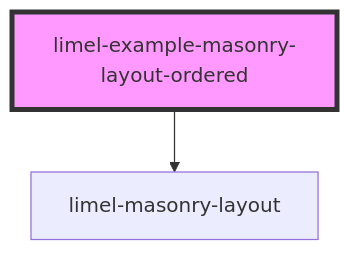
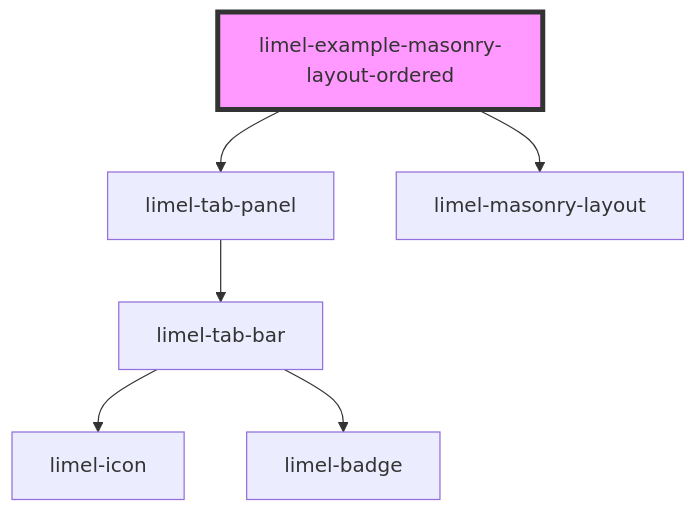
The diagram in versions/PR-3986/markdown-docs/components/masonry-layout/examples/readme.md (Lundalogik/lime-elements), drawn with Mermaid before and after one commit. The commit also changed other lines of this file and 196 other files, not shown here.

````diff
--- a/versions/PR-3986/markdown-docs/components/masonry-layout/examples/readme.md
+++ b/versions/PR-3986/markdown-docs/components/masonry-layout/examples/readme.md
@@ -32,5 +33,9 @@
 ```mermaid
 graph TD;
+  limel-example-masonry-layout-ordered --> limel-tab-panel
   limel-example-masonry-layout-ordered --> limel-masonry-layout
+  limel-tab-panel --> limel-tab-bar
+  limel-tab-bar --> limel-icon
+  limel-tab-bar --> limel-badge
   style limel-example-masonry-layout-ordered fill:#f9f,stroke:#333,stroke-width:4px
 ```
````
